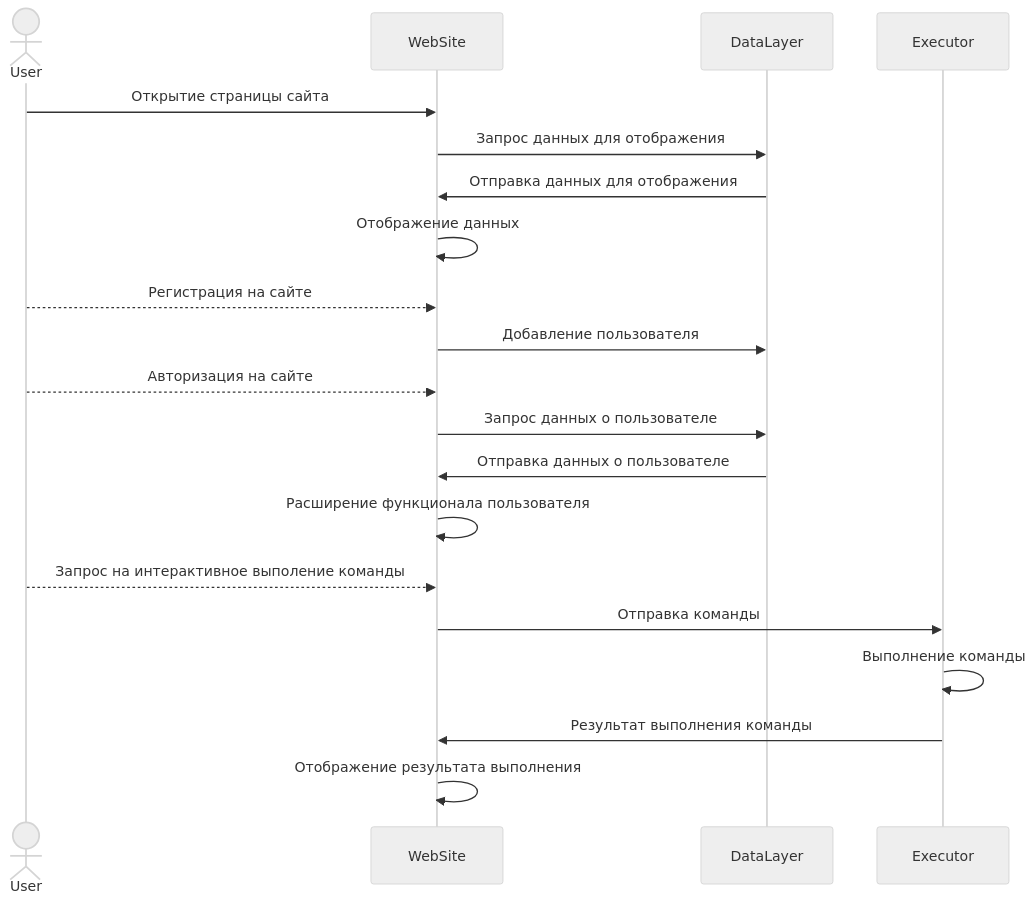
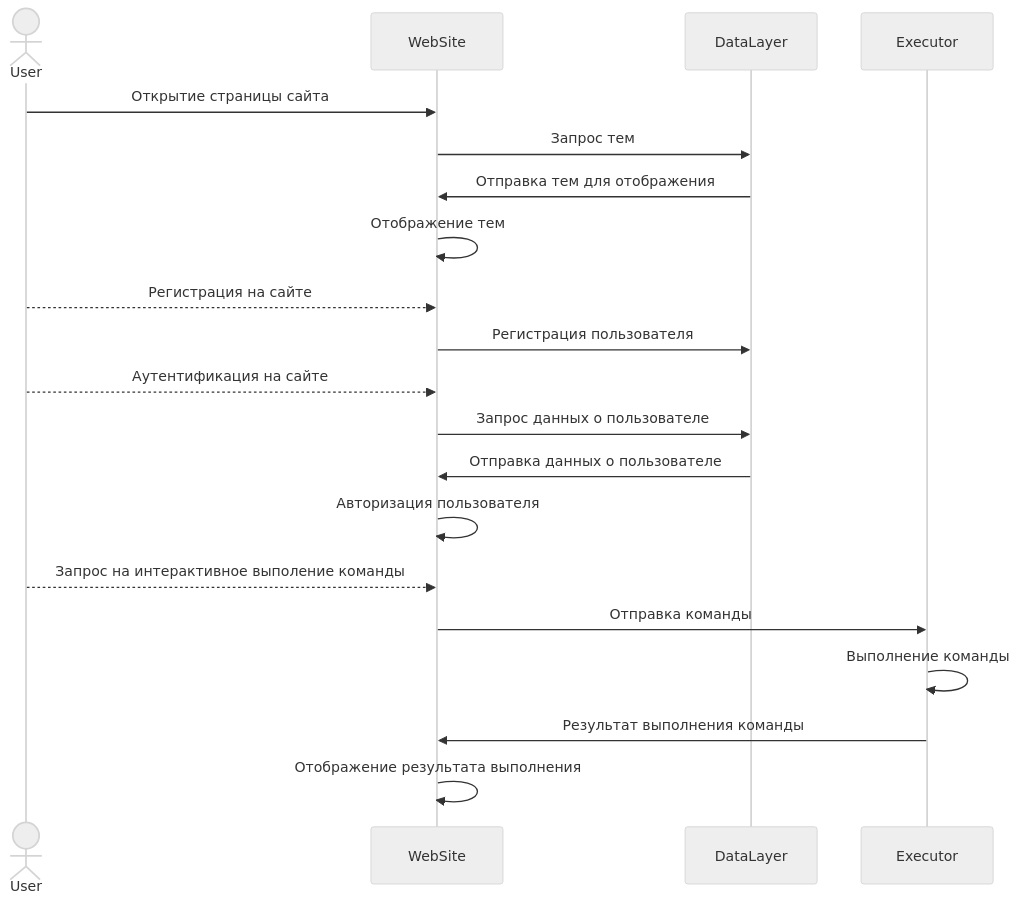
Before and after one commit to D1qm0nd/BashLearningSystem: the first of 4 diagrams in README.md, drawn with Mermaid (neutral theme).

````diff
--- a/README.md
+++ b/README.md
@@ -4,20 +4,20 @@
 ``` mermaid
 sequenceDiagram
     Actor User
     User ->> WebSite: Открытие страницы сайта
-    WebSite ->> DataLayer : Запрос данных для отображения
-    DataLayer ->> WebSite: Отправка данных для отображения
-    WebSite ->> WebSite: Отображение данных
+    WebSite ->> DataLayer : Запрос тем
+    DataLayer ->> WebSite: Отправка тем для отображения
+    WebSite ->> WebSite: Отображение тем
     User -->> WebSite : Регистрация на сайте
-    WebSite ->> DataLayer : Добавление пользователя
-    User -->> WebSite : Авторизация на сайте
+    WebSite ->> DataLayer : Регистрация пользователя
+    User -->> WebSite : Аутентификация на сайте
     WebSite ->> DataLayer : Запрос данных о пользователе
     DataLayer ->> WebSite : Отправка данных о пользователе
-    WebSite ->> WebSite : Расширение функционала пользователя
+    WebSite ->> WebSite : Авторизация пользователя
     User -->> WebSite : Запрос на интерактивное выполение команды
     WebSite ->> Executor: Отправка команды
     Executor ->> Executor: Выполнение команды
     Executor ->> WebSite : Результат выполнения команды
     WebSite ->> WebSite : Отображение результата выполнения
 
 ```
````
